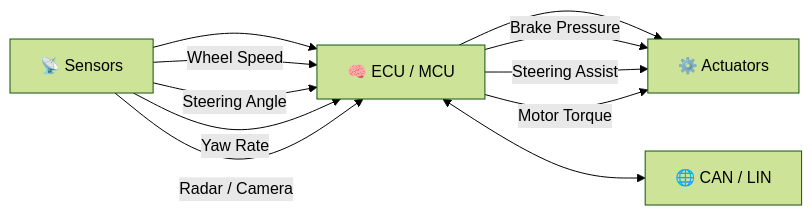
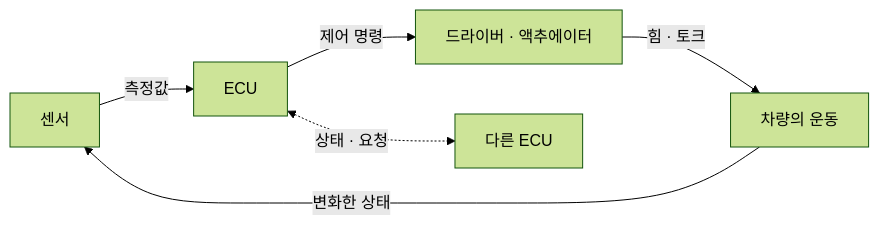
One commit to sunmaan22/Algorithm_Code_Study changed the first of 4 diagrams in HINT_Embedded_SW/Automotive_Engineering_Fundamentals/Visual_Overview.md. Above: the diagram before and after it, drawn with Mermaid (forest theme). The commit also changed other lines of this file, not shown here.

````diff
--- a/HINT_Embedded_SW/Automotive_Engineering_Fundamentals/Visual_Overview.md
+++ b/HINT_Embedded_SW/Automotive_Engineering_Fundamentals/Visual_Overview.md
@@ -57,15 +23,8 @@
 ```mermaid
 flowchart LR
-    S[📡 Sensors] --> ECU[🧠 ECU / MCU]
-    ECU --> A[⚙️ Actuators]
-    ECU <--> NET[🌐 CAN / LIN]
-
-    S -->|Wheel Speed| ECU
-    S -->|Steering Angle| ECU
-    S -->|Yaw Rate| ECU
-    S -->|Radar / Camera| ECU
-
-    ECU -->|Brake Pressure| A
-    ECU -->|Steering Assist| A
-    ECU -->|Motor Torque| A
+    S[센서] -->|측정값| E[ECU]
+    E -->|제어 명령| A[드라이버 · 액추에이터]
+    A -->|힘 · 토크| P[차량의 운동]
+    P -->|변화한 상태| S
+    E <-.->|상태 · 요청| N[다른 ECU]
 ```
````
